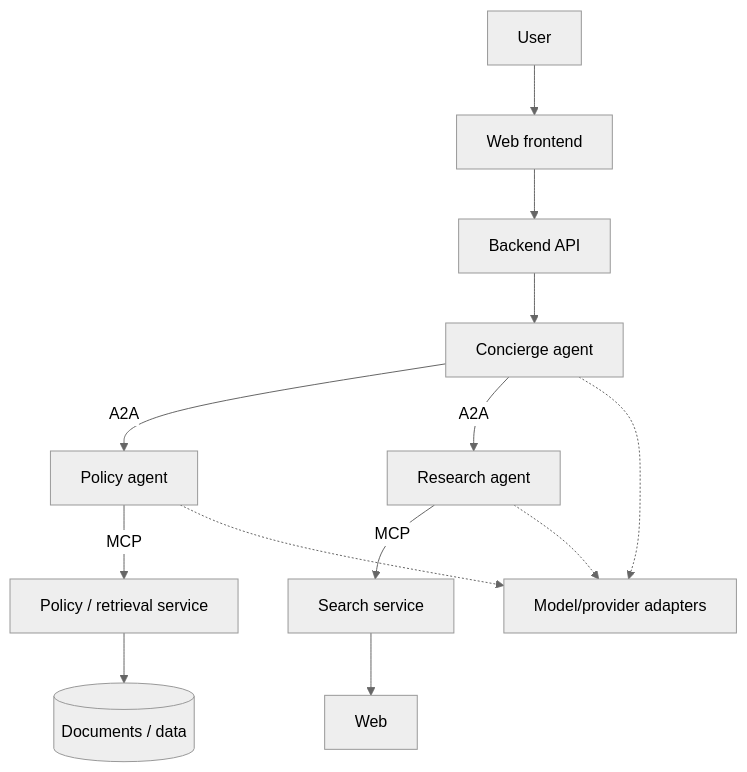
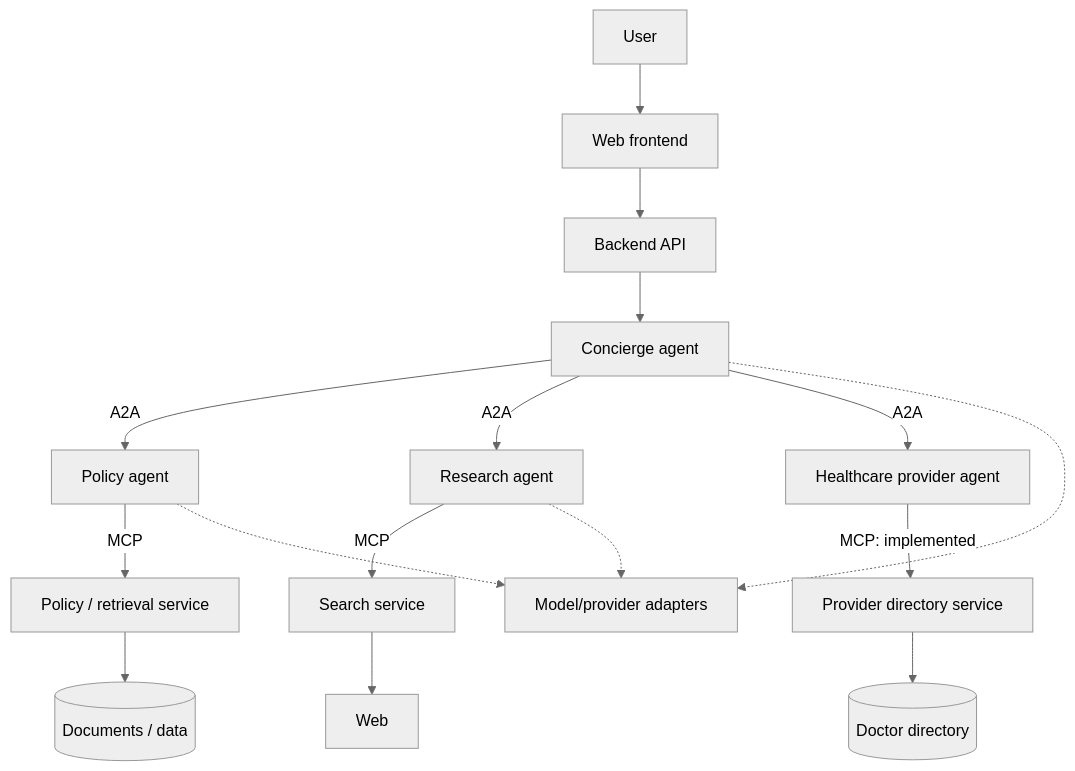
The diagram in docs/roadmap.md (bakarys01/agentic-lab), drawn with Mermaid (neutral theme) before and after one commit. The commit also changed other lines of this file and 49 other files, not shown here.

````diff
--- a/docs/roadmap.md
+++ b/docs/roadmap.md
@@ -48,15 +50,18 @@
 ```mermaid
 flowchart TD
     U[User] --> UI[Web frontend]
     UI --> B[Backend API]
     B --> C[Concierge agent]
     C -->|A2A| P[Policy agent]
     C -->|A2A| R[Research agent]
+    C -->|A2A| H[Healthcare provider agent]
     P -->|MCP| PT[Policy / retrieval service]
     R -->|MCP| RT[Search service]
+    H -->|MCP: implemented| HT[Provider directory service]
     PT --> D[(Documents / data)]
     RT --> W[Web]
+    HT --> J[(Doctor directory)]
     C -.-> M[Model/provider adapters]
     P -.-> M
     R -.-> M
 ```
````
